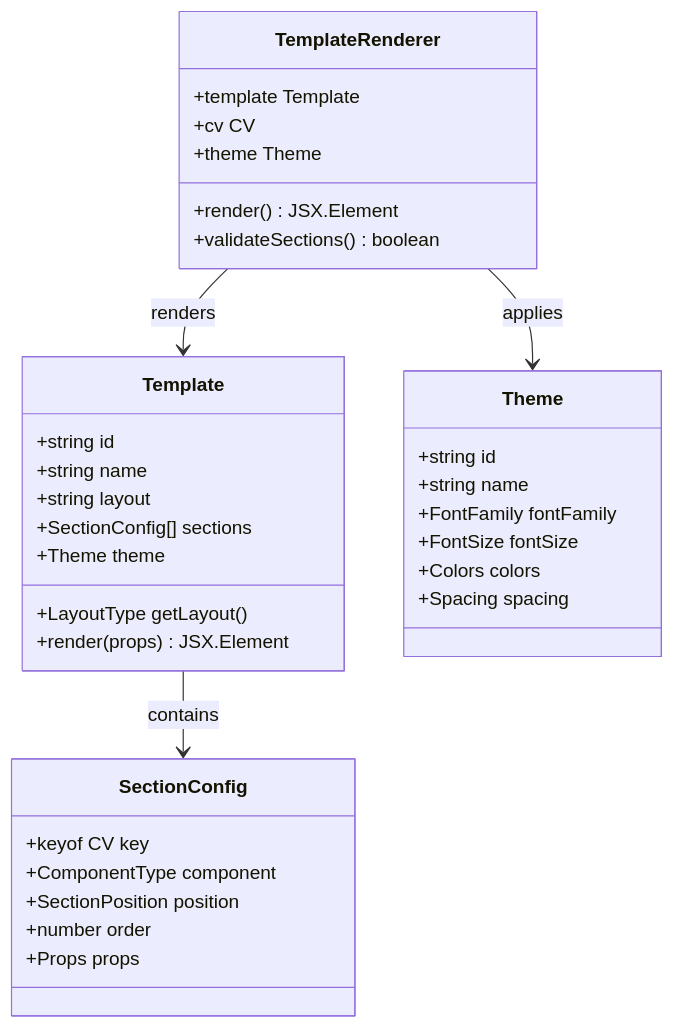
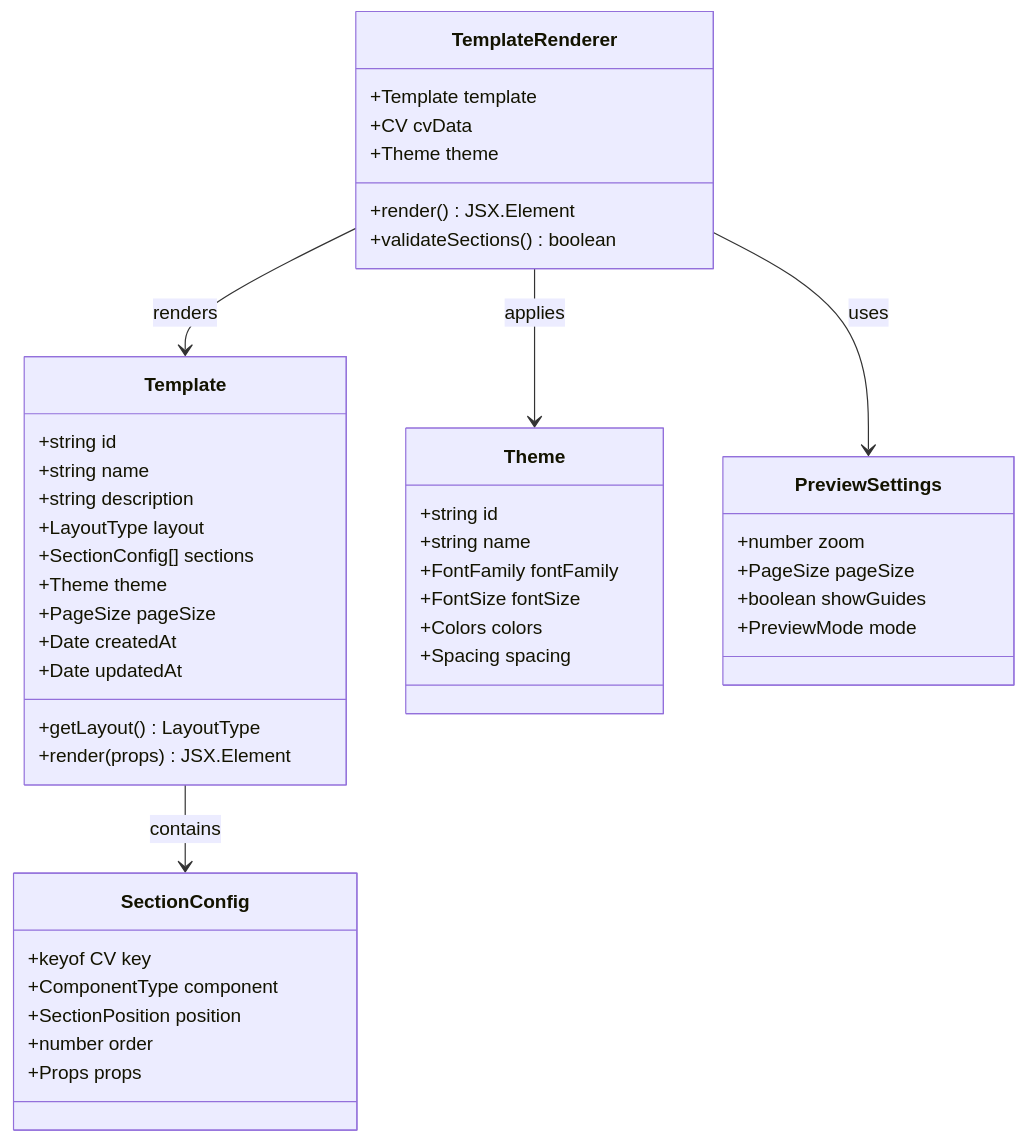
One commit to DoVuDung/cv-portfolio-builder changed the eighth of 10 diagrams in .qoder/repowiki/en/content/User Interface Components/Standalone CV Builder.md. Above: the diagram before and after it, drawn with Mermaid. The commit also changed other lines of this file and 4 other files, not shown here.

````diff
--- a/.qoder/repowiki/en/content/User Interface Components/Standalone CV Builder.md
+++ b/.qoder/repowiki/en/content/User Interface Components/Standalone CV Builder.md
@@ -351,37 +415,48 @@
 ```mermaid
 classDiagram
 class Template {
 +string id
 +string name
-+string layout
++string description
++LayoutType layout
 +SectionConfig[] sections
 +Theme theme
-+LayoutType getLayout()
++PageSize pageSize
++Date createdAt
++Date updatedAt
++getLayout() LayoutType
 +render(props) JSX.Element
 }
 class TemplateRenderer {
-+template Template
-+cv CV
-+theme Theme
++Template template
++CV cvData
++Theme theme
 +render() JSX.Element
 +validateSections() boolean
 }
 class SectionConfig {
 +keyof CV key
 +ComponentType component
 +SectionPosition position
 +number order
 +Props props
 }
 class Theme {
 +string id
 +string name
 +FontFamily fontFamily
 +FontSize fontSize
 +Colors colors
 +Spacing spacing
 }
+class PreviewSettings {
++number zoom
++PageSize pageSize
++boolean showGuides
++PreviewMode mode
+}
 Template --> SectionConfig : contains
 TemplateRenderer --> Template : renders
 TemplateRenderer --> Theme : applies
+TemplateRenderer --> PreviewSettings : uses
 ```
````
